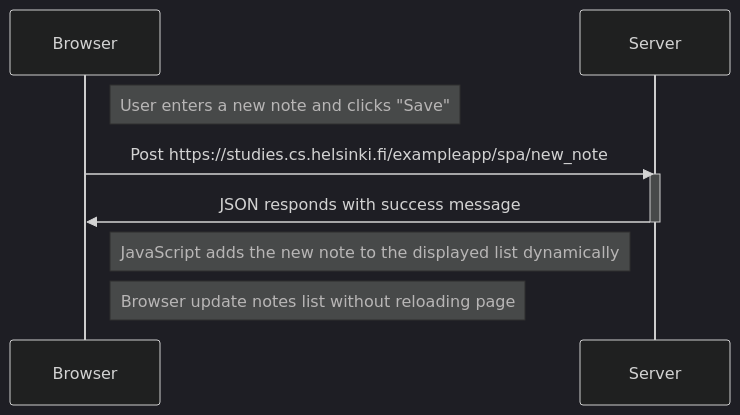
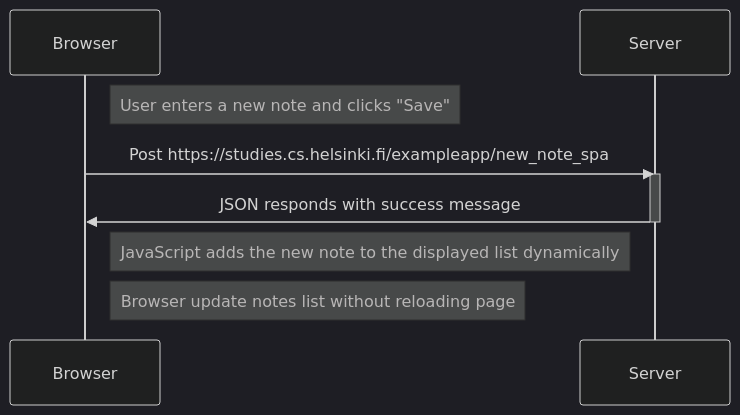
One commit to Maryahcee/Fullstack-open changed the diagram in Part-0/new-note-in single-page-app-diagram.md. Above: the diagram before and after it, drawn with Mermaid (dark theme).

Commit message:
Update Browser's  new link

````diff
--- a/Part-0/new-note-in single-page-app-diagram.md
+++ b/Part-0/new-note-in single-page-app-diagram.md
@@ -1,24 +1,25 @@
 ```mermaid
 sequenceDiagram
 
 participant Browser
 participant Server
 
  Note right of Browser: User enters a new note and clicks "Save"
 
- Browser->>Server: Post https://studies.cs.helsinki.fi/exampleapp/spa/new_note
+ Browser->>Server: Post https://studies.cs.helsinki.fi/exampleapp/new_note_spa
+
  activate Server
  Server->>Browser: JSON responds with success message
  deactivate Server
 
   Note right of Browser: JavaScript adds the new note to the displayed list dynamically
 
   Note right of Browser: Browser update notes list without reloading page
 
 
 
 
 
 
 
 ```
````
